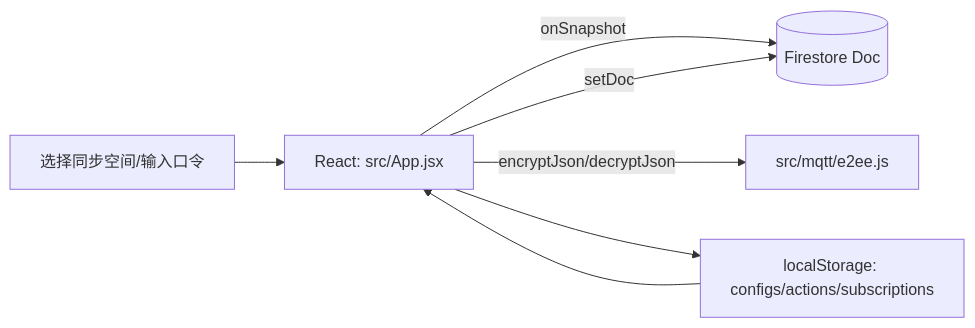
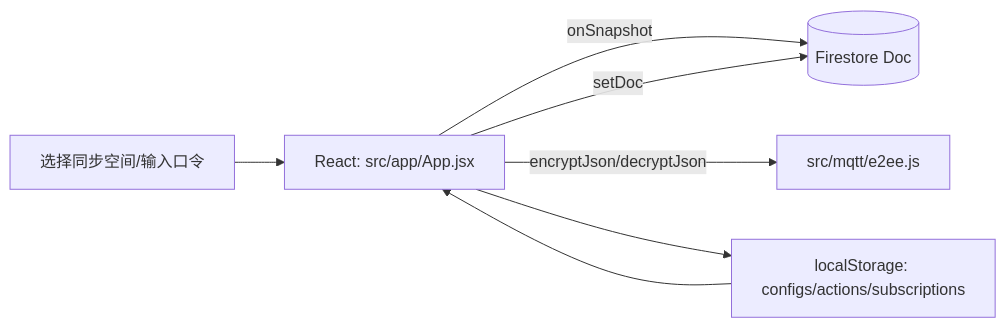
The second of 2 diagrams in docs/PROJECT_GUIDE.zh-CN.md (HaxIOX/northrealm-mqtt), drawn with Mermaid before and after one commit. The commit also changed other lines of this file and 147 other files, not shown here.

````diff
--- a/docs/PROJECT_GUIDE.zh-CN.md
+++ b/docs/PROJECT_GUIDE.zh-CN.md
@@ -80,9 +80,9 @@
 ```mermaid
 flowchart LR
-  UI[选择同步空间/输入口令] --> App[React: src/App.jsx]
+  UI[选择同步空间/输入口令] --> App[React: src/app/App.jsx]
   App -->|onSnapshot| Firestore[(Firestore Doc)]
   App -->|setDoc| Firestore
   App -->|encryptJson/decryptJson| E2EE[src/mqtt/e2ee.js]
   App --> Local[localStorage: configs/actions/subscriptions]
   Local --> App
 ```
````
